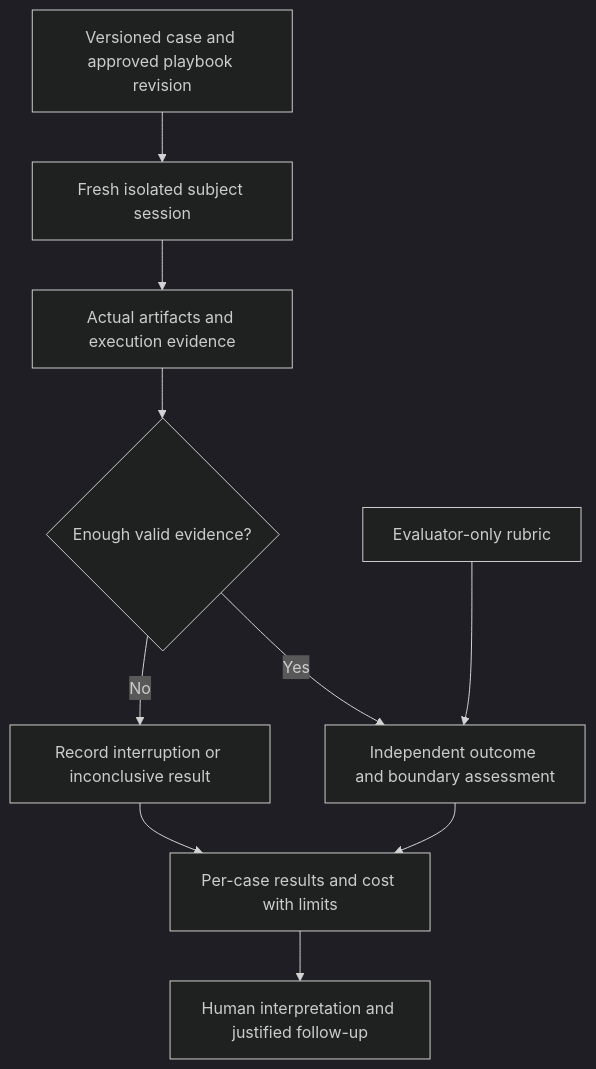
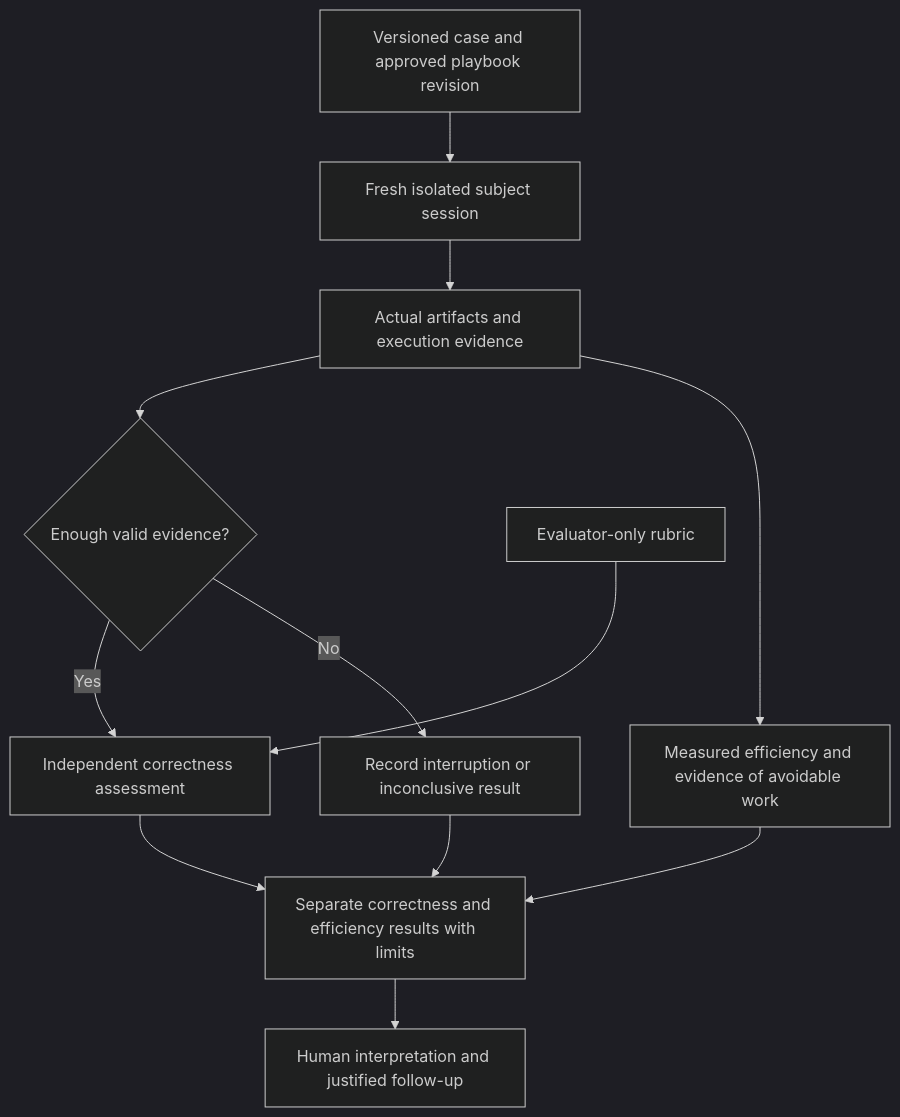
The diagram in .github/spec-driven-delivery/solution-whiteboard.md (hhhhhusky777/spec-driven-delivery-playbook), drawn with Mermaid (dark theme) before and after one commit. The commit also changed other lines of this file, not shown here.

Commit message:
docs: refine evaluation framework around correctness and efficiency

````diff
--- a/.github/spec-driven-delivery/solution-whiteboard.md
+++ b/.github/spec-driven-delivery/solution-whiteboard.md
@@ -101,12 +111,14 @@
 ```mermaid
 flowchart TD
     A[Versioned case and approved playbook revision] --> B[Fresh isolated subject session]
     B --> C[Actual artifacts and execution evidence]
     C --> D{Enough valid evidence?}
-    D -->|Yes| E[Independent outcome and boundary assessment]
+    D -->|Yes| E[Independent correctness assessment]
     D -->|No| F[Record interruption or inconclusive result]
-    E --> G[Per-case results and cost with limits]
+    C --> M[Measured efficiency and evidence of avoidable work]
+    E --> G[Separate correctness and efficiency results with limits]
+    M --> G
     F --> G
     G --> H[Human interpretation and justified follow-up]
     R[Evaluator-only rubric] --> E
 ```
````
